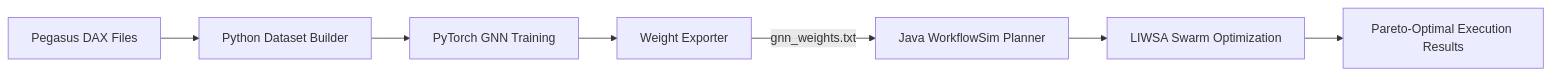
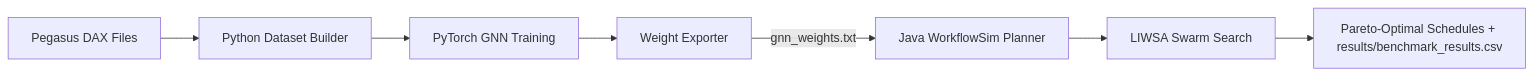
The diagram in README.md (Al3nzy/GNN_WorkflowSim), drawn with Mermaid before and after one commit. The commit also changed other lines of this file and 2 other files, not shown here.

````diff
--- a/README.md
+++ b/README.md
@@ -82,9 +82,9 @@
 ```mermaid
 flowchart LR
     A[Pegasus DAX Files] --> B[Python Dataset Builder]
     B --> C[PyTorch GNN Training]
     C --> D[Weight Exporter]
     D -->|gnn_weights.txt| E[Java WorkflowSim Planner]
-    E --> F[LIWSA Swarm Optimization]
-    F --> G[Pareto-Optimal Execution Results]
+    E --> F[LIWSA Swarm Search]
+    F --> G[Pareto-Optimal Schedules + results/benchmark_results.csv]
 ```
````
